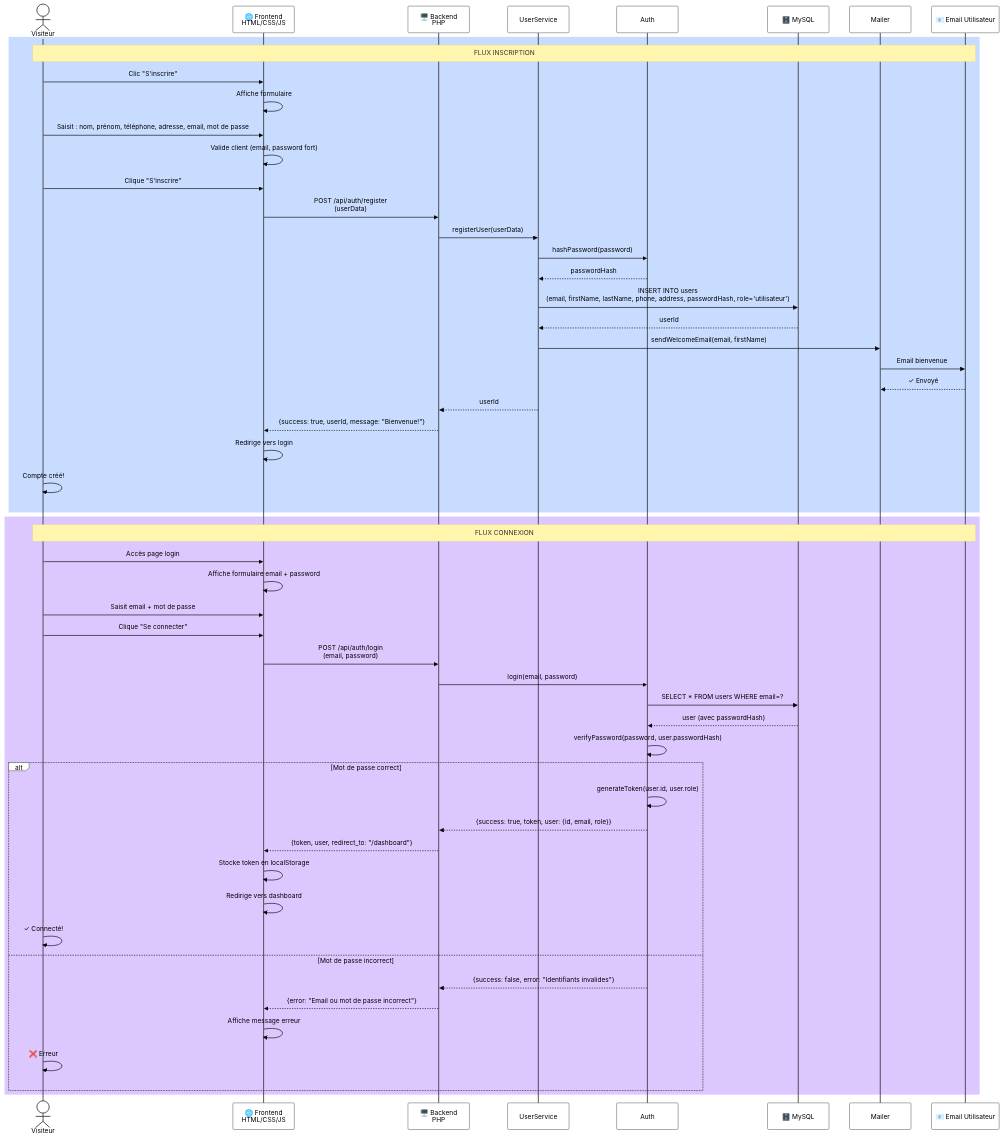
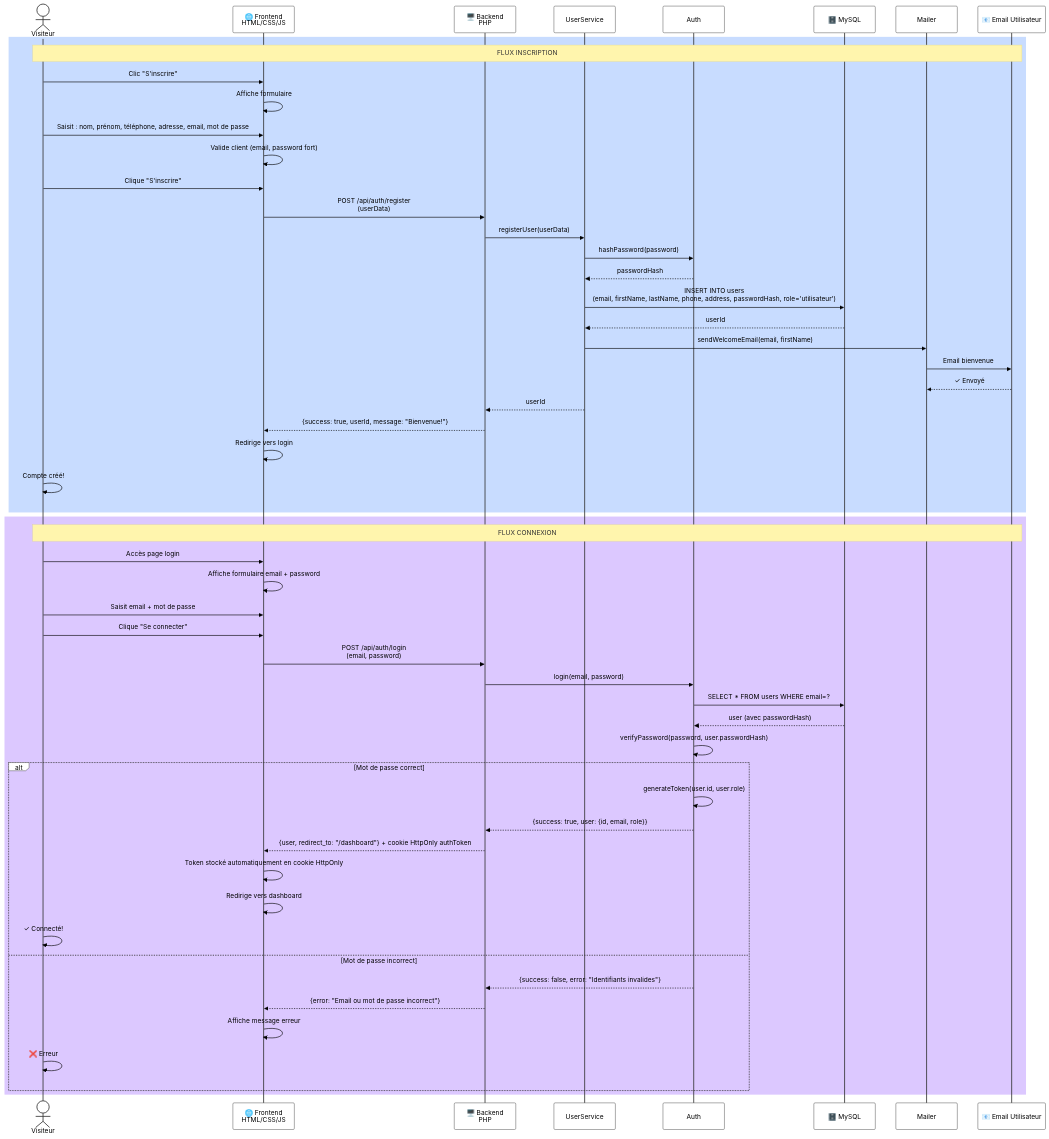
One commit to maxroe66/vite-gourmand changed the diagram in Docs/diagrammes/diagramme_sequences/sequence_01_inscription_connexion.md. Above: the diagram before and after it, drawn with Mermaid. The commit also changed other lines of this file and 5 other files, not shown here.

First line of the commit message:
sécurité(CRIT-01): supprimer fuite JWT et corriger documentation localStorage

````diff
--- a/Docs/diagrammes/diagramme_sequences/sequence_01_inscription_connexion.md
+++ b/Docs/diagrammes/diagramme_sequences/sequence_01_inscription_connexion.md
@@ -11,73 +11,73 @@
 ```mermaid
 %%{init: { 'theme': 'base', 'themeVariables': { 'primaryColor':'#ffffff', 'primaryTextColor':'#000000', 'primaryBorderColor':'#333333', 'lineColor':'#666666', 'secondBkgColor':'#f0f0f0', 'tertiaryColor':'#ffffff'} } }%%
 sequenceDiagram
     actor Visiteur
     participant Frontend as 🌐 Frontend<br/>HTML/CSS/JS
     participant Backend as 🖥️ Backend<br/>PHP
     participant UserService as UserService
     participant Auth as Auth
     participant Database as 🗄️ MySQL
     participant Mailer as Mailer
     participant User_Email as 📧 Email Utilisateur
 
     rect rgb(200, 220, 255)
     note over Visiteur,User_Email: FLUX INSCRIPTION
 
     Visiteur->>Frontend: Clic "S'inscrire"
     Frontend->>Frontend: Affiche formulaire
     Visiteur->>Frontend: Saisit : nom, prénom, téléphone, adresse, email, mot de passe
     Frontend->>Frontend: Valide client (email, password fort)
     
     Visiteur->>Frontend: Clique "S'inscrire"
     Frontend->>Backend: POST /api/auth/register<br/>(userData)
     
     Backend->>UserService: registerUser(userData)
     UserService->>Auth: hashPassword(password)
     Auth-->>UserService: passwordHash
     
     UserService->>Database: INSERT INTO users<br/>(email, firstName, lastName, phone, address, passwordHash, role='utilisateur')
     Database-->>UserService: userId
     
     UserService->>Mailer: sendWelcomeEmail(email, firstName)
     Mailer->>User_Email: Email bienvenue
     User_Email-->>Mailer: ✓ Envoyé
     
     UserService-->>Backend: userId
     Backend-->>Frontend: {success: true, userId, message: "Bienvenue!"}
     Frontend->>Frontend: Redirige vers login
     Visiteur->>Visiteur: Compte créé!
 
     end
 
     rect rgb(220, 200, 255)
     note over Visiteur,User_Email: FLUX CONNEXION
 
     Visiteur->>Frontend: Accès page login
     Frontend->>Frontend: Affiche formulaire email + password
     Visiteur->>Frontend: Saisit email + mot de passe
     
     Visiteur->>Frontend: Clique "Se connecter"
     Frontend->>Backend: POST /api/auth/login<br/>(email, password)
     
     Backend->>Auth: login(email, password)
     Auth->>Database: SELECT * FROM users WHERE email=?
     Database-->>Auth: user (avec passwordHash)
     
     Auth->>Auth: verifyPassword(password, user.passwordHash)
     
     alt Mot de passe correct
         Auth->>Auth: generateToken(user.id, user.role)
-        Auth-->>Backend: {success: true, token, user: {id, email, role}}
-        Backend-->>Frontend: {token, user, redirect_to: "/dashboard"}
-        Frontend->>Frontend: Stocke token en localStorage
+        Auth-->>Backend: {success: true, user: {id, email, role}}
+        Backend-->>Frontend: {user, redirect_to: "/dashboard"} + cookie HttpOnly authToken
+        Frontend->>Frontend: Token stocké automatiquement en cookie HttpOnly
         Frontend->>Frontend: Redirige vers dashboard
         Visiteur->>Visiteur: ✓ Connecté!
     else Mot de passe incorrect
         Auth-->>Backend: {success: false, error: "Identifiants invalides"}
         Backend-->>Frontend: {error: "Email ou mot de passe incorrect"}
         Frontend->>Frontend: Affiche message erreur
         Visiteur->>Visiteur: ❌ Erreur
     end
 
     end
 ```
````
